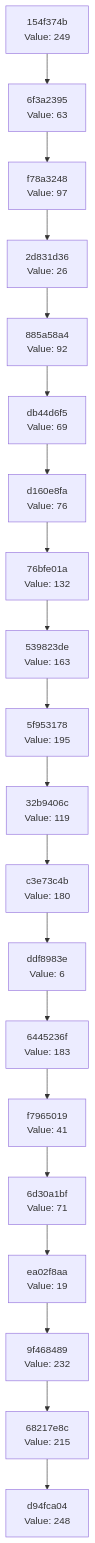
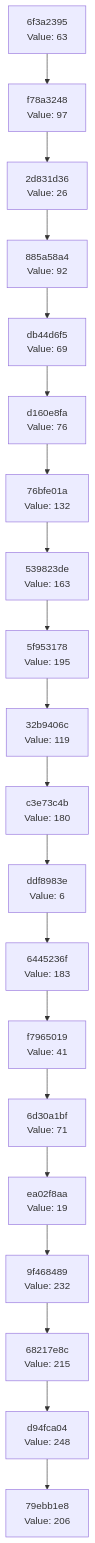
The diagram in docs/CHAIN_VISUALIZATION.md (Abhisheksinha1506/hash-chain-evolver), drawn with Mermaid before and after one commit. The commit also changed 2 other files, not shown here.

Commit message:
Evolution Step

````diff
--- a/docs/CHAIN_VISUALIZATION.md
+++ b/docs/CHAIN_VISUALIZATION.md
@@ -3,42 +3,42 @@
 ```mermaid
 graph TD
-    C0["d94fca04<br/>Value: 248"]
-    C1["68217e8c<br/>Value: 215"]
+    C0["79ebb1e8<br/>Value: 206"]
+    C1["d94fca04<br/>Value: 248"]
     C1 --> C0
-    C2["9f468489<br/>Value: 232"]
+    C2["68217e8c<br/>Value: 215"]
     C2 --> C1
-    C3["ea02f8aa<br/>Value: 19"]
+    C3["9f468489<br/>Value: 232"]
     C3 --> C2
-    C4["6d30a1bf<br/>Value: 71"]
+    C4["ea02f8aa<br/>Value: 19"]
     C4 --> C3
-    C5["f7965019<br/>Value: 41"]
+    C5["6d30a1bf<br/>Value: 71"]
     C5 --> C4
-    C6["6445236f<br/>Value: 183"]
+    C6["f7965019<br/>Value: 41"]
     C6 --> C5
-    C7["ddf8983e<br/>Value: 6"]
+    C7["6445236f<br/>Value: 183"]
     C7 --> C6
-    C8["c3e73c4b<br/>Value: 180"]
+    C8["ddf8983e<br/>Value: 6"]
     C8 --> C7
-    C9["32b9406c<br/>Value: 119"]
+    C9["c3e73c4b<br/>Value: 180"]
     C9 --> C8
-    C10["5f953178<br/>Value: 195"]
+    C10["32b9406c<br/>Value: 119"]
     C10 --> C9
-    C11["539823de<br/>Value: 163"]
+    C11["5f953178<br/>Value: 195"]
     C11 --> C10
-    C12["76bfe01a<br/>Value: 132"]
+    C12["539823de<br/>Value: 163"]
     C12 --> C11
-    C13["d160e8fa<br/>Value: 76"]
+    C13["76bfe01a<br/>Value: 132"]
     C13 --> C12
-    C14["db44d6f5<br/>Value: 69"]
+    C14["d160e8fa<br/>Value: 76"]
     C14 --> C13
-    C15["885a58a4<br/>Value: 92"]
+    C15["db44d6f5<br/>Value: 69"]
     C15 --> C14
-    C16["2d831d36<br/>Value: 26"]
+    C16["885a58a4<br/>Value: 92"]
     C16 --> C15
-    C17["f78a3248<br/>Value: 97"]
+    C17["2d831d36<br/>Value: 26"]
     C17 --> C16
-    C18["6f3a2395<br/>Value: 63"]
+    C18["f78a3248<br/>Value: 97"]
     C18 --> C17
-    C19["154f374b<br/>Value: 249"]
+    C19["6f3a2395<br/>Value: 63"]
     C19 --> C18
 ```
````
